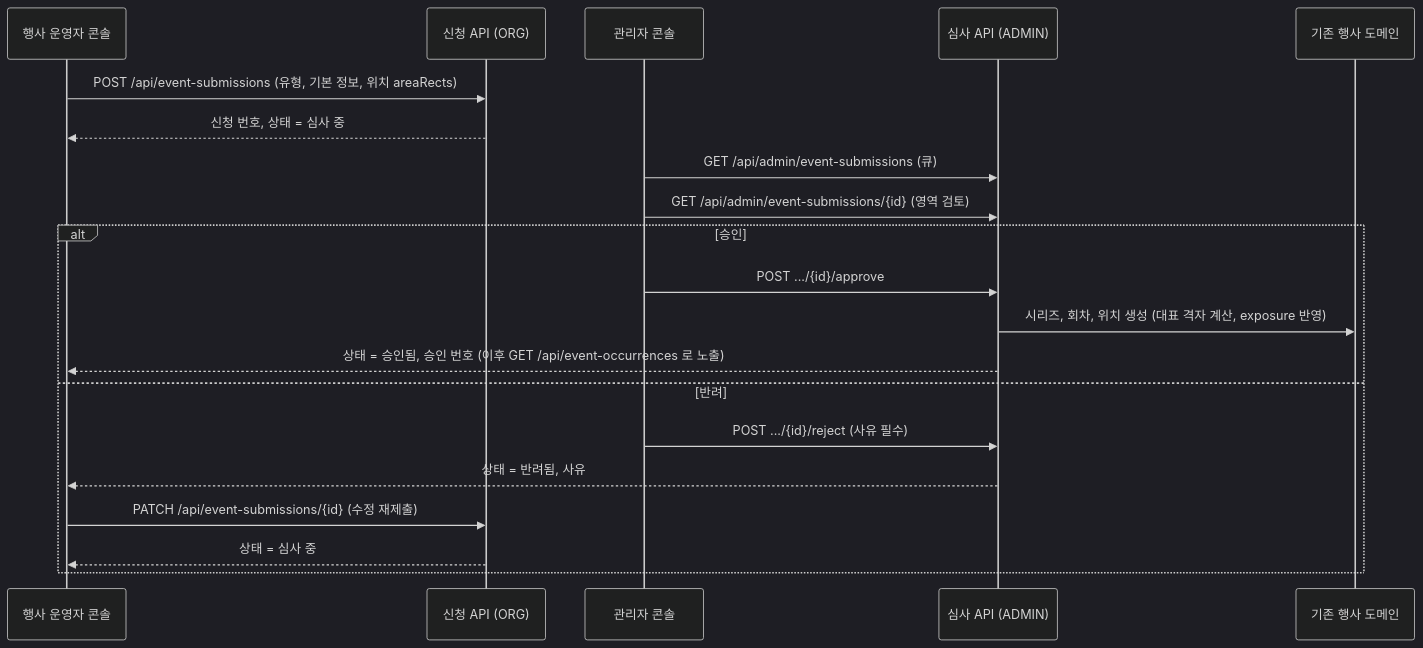
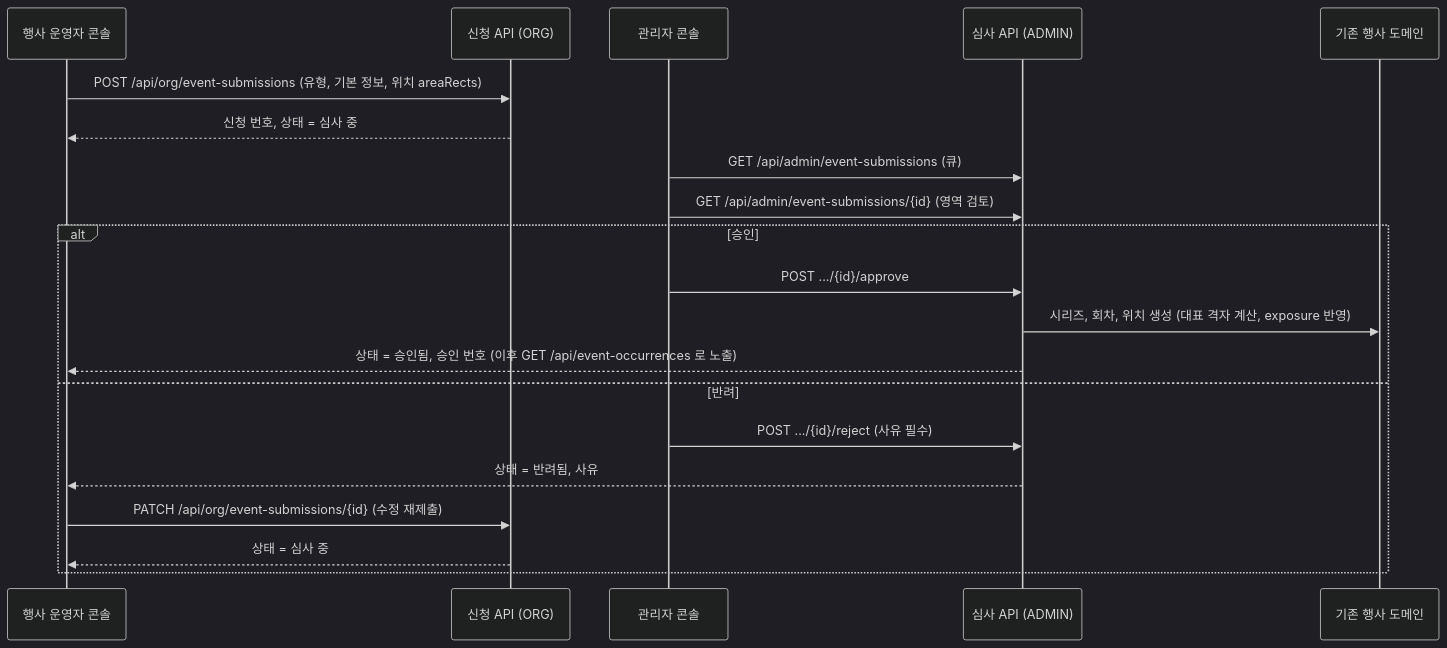
One commit to ASM-MSG/BE changed the first of 2 diagrams in docs/prd/event-submission.md. Above: the diagram before and after it, drawn with Mermaid (dark theme). The commit also changed other lines of this file and 1 other file, not shown here.

````diff
--- a/docs/prd/event-submission.md
+++ b/docs/prd/event-submission.md
@@ -123,22 +123,22 @@
 ```mermaid
 sequenceDiagram
     participant ORG as 행사 운영자 콘솔
     participant API as 신청 API (ORG)
     participant ADM as 관리자 콘솔
     participant AAPI as 심사 API (ADMIN)
     participant EV as 기존 행사 도메인
-    ORG->>API: POST /api/event-submissions (유형, 기본 정보, 위치 areaRects)
+    ORG->>API: POST /api/org/event-submissions (유형, 기본 정보, 위치 areaRects)
     API-->>ORG: 신청 번호, 상태 = 심사 중
     ADM->>AAPI: GET /api/admin/event-submissions (큐)
     ADM->>AAPI: GET /api/admin/event-submissions/{id} (영역 검토)
     alt 승인
         ADM->>AAPI: POST .../{id}/approve
         AAPI->>EV: 시리즈, 회차, 위치 생성 (대표 격자 계산, exposure 반영)
         AAPI-->>ORG: 상태 = 승인됨, 승인 번호 (이후 GET /api/event-occurrences 로 노출)
     else 반려
         ADM->>AAPI: POST .../{id}/reject (사유 필수)
         AAPI-->>ORG: 상태 = 반려됨, 사유
-        ORG->>API: PATCH /api/event-submissions/{id} (수정 재제출)
+        ORG->>API: PATCH /api/org/event-submissions/{id} (수정 재제출)
         API-->>ORG: 상태 = 심사 중
     end
 ```
````
